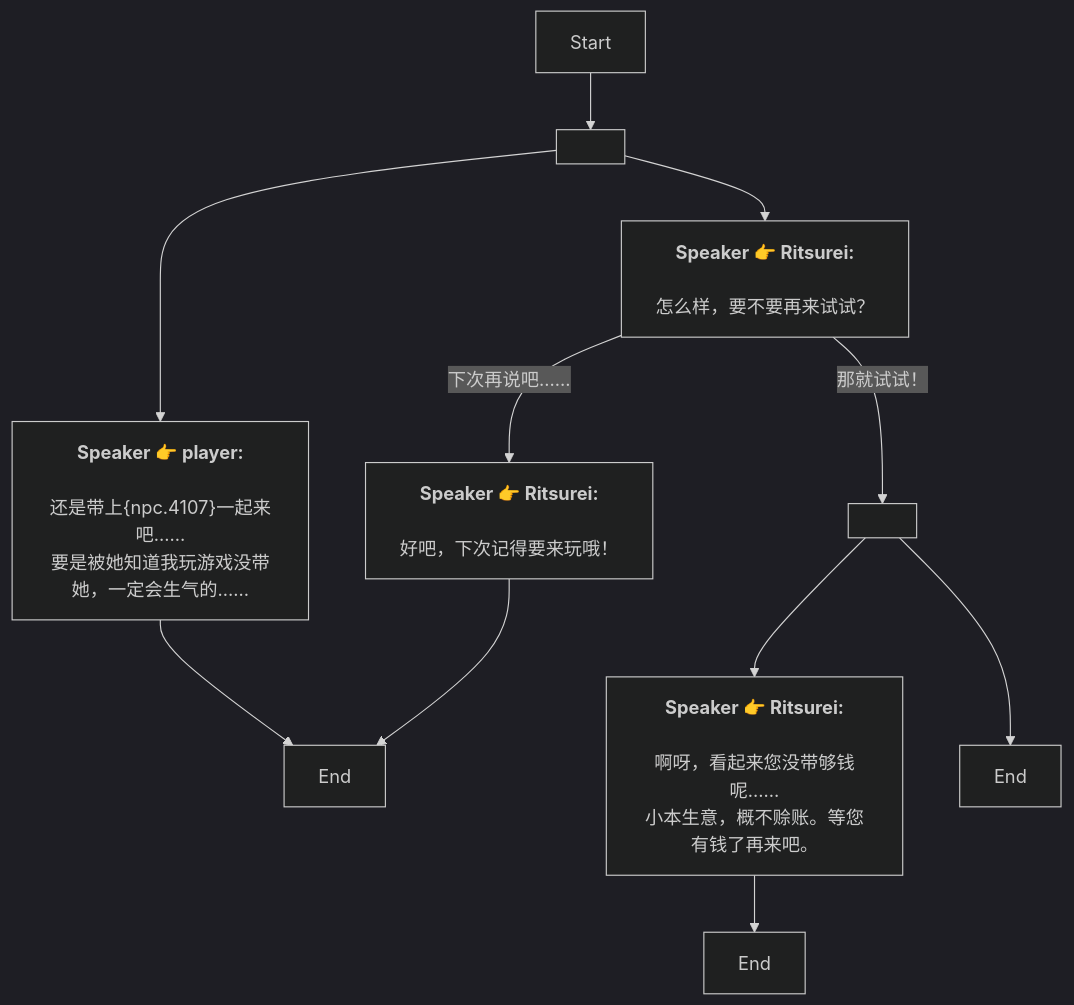
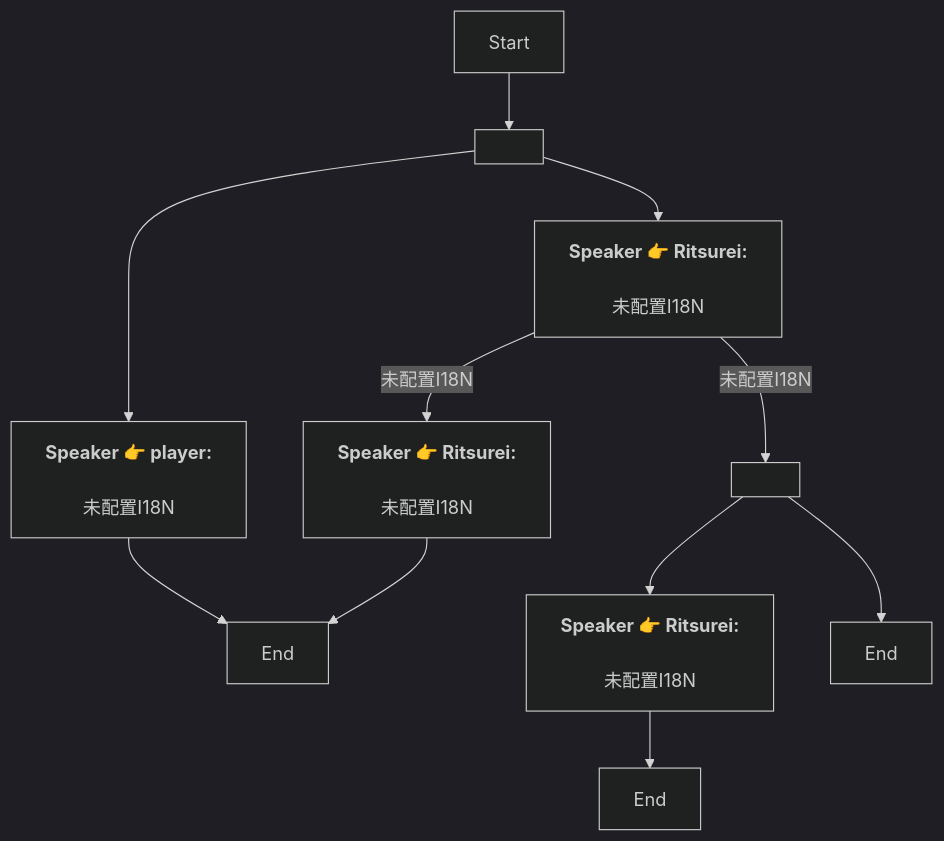
One commit to SoftHu/tos_avg changed the diagram in Zh/QuestTalkObjectiveNode_1739410435579068.md. Above: the diagram before and after it, drawn with Mermaid (dark theme). The commit also changed 730 other files, not shown here.

````diff
--- a/Zh/QuestTalkObjectiveNode_1739410435579068.md
+++ b/Zh/QuestTalkObjectiveNode_1739410435579068.md
@@ -1,20 +1,18 @@
 ```mermaid
 graph
 Start -->1739504820562167[ ]
 1739504820562167 -->1739410498958538[<b>Speaker 👉 Ritsurei:</b>
-\n怎么样，要不要再来试试？]
+\n未配置I18N]
 1739504820562167 -->1739504820563192[<b>Speaker 👉 player:</b>
-\n还是带上&lbrace;npc.4107&rbrace;一起来吧……
-要是被她知道我玩游戏没带她，一定会生气的……]
+\n未配置I18N]
 1739504820563192 -->1739410498959566[End]
-1739410498958538 -->|下次再说吧……|1739505094255868[<b>Speaker 👉 Ritsurei:</b>
-\n好吧，下次记得要来玩哦！]
-1739410498958538 -->|那就试试！|1739410498959567[ ]
+1739410498958538 -->|未配置I18N|1739505094255868[<b>Speaker 👉 Ritsurei:</b>
+\n未配置I18N]
+1739410498958538 -->|未配置I18N|1739410498959567[ ]
 1739410498959567 -->1739410498960593[<b>Speaker 👉 Ritsurei:</b>
-\n啊呀，看起来您没带够钱呢……
-小本生意，概不赊账。等您有钱了再来吧。]
+\n未配置I18N]
 1739410498959567 -->1739410498959568[End]
 1739410498960593 -->1739410498960594[End]
 1739505094255868 -->1739410498959566[End]
 
 ```
````
